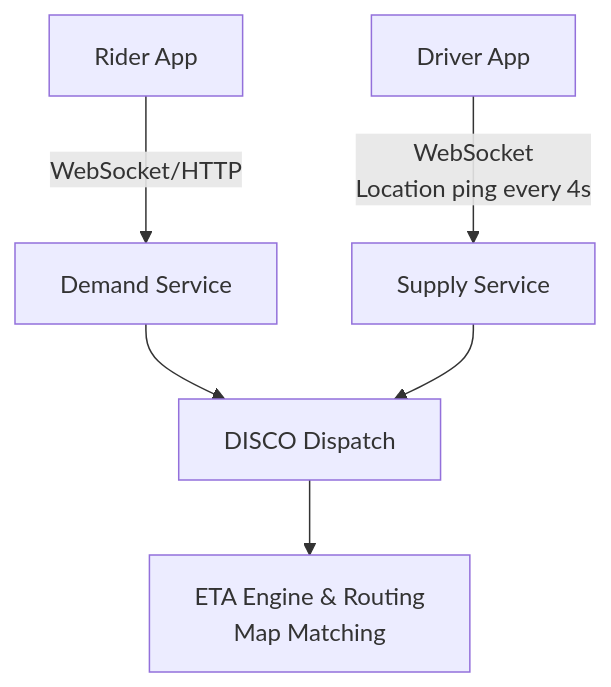
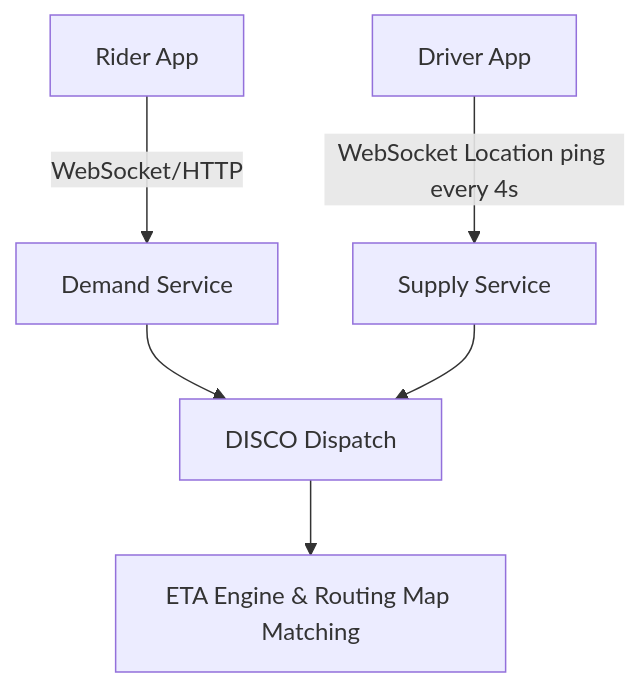
One commit to Chandra179/atlas changed the second of 16 diagrams in blog/astro/src/content/docs/uber-architecture.md. Above: the diagram before and after it, drawn with Mermaid. The commit also changed other lines of this file and 1 other file, not shown here.

````diff
--- a/blog/astro/src/content/docs/uber-architecture.md
+++ b/blog/astro/src/content/docs/uber-architecture.md
@@ -50,8 +50,8 @@
 ```mermaid
 graph TB
     RA[Rider App] -->|WebSocket/HTTP| DS[Demand Service]
-    DA[Driver App] -->|WebSocket<br/>Location ping every 4s| SS[Supply Service]
+    DA[Driver App] -->|WebSocket Location ping every 4s| SS[Supply Service]
     DS --> DISCO[DISCO Dispatch]
     SS --> DISCO
-    DISCO --> ETA[ETA Engine & Routing<br/>Map Matching]
+    DISCO --> ETA[ETA Engine & Routing Map Matching]
 ```
````
